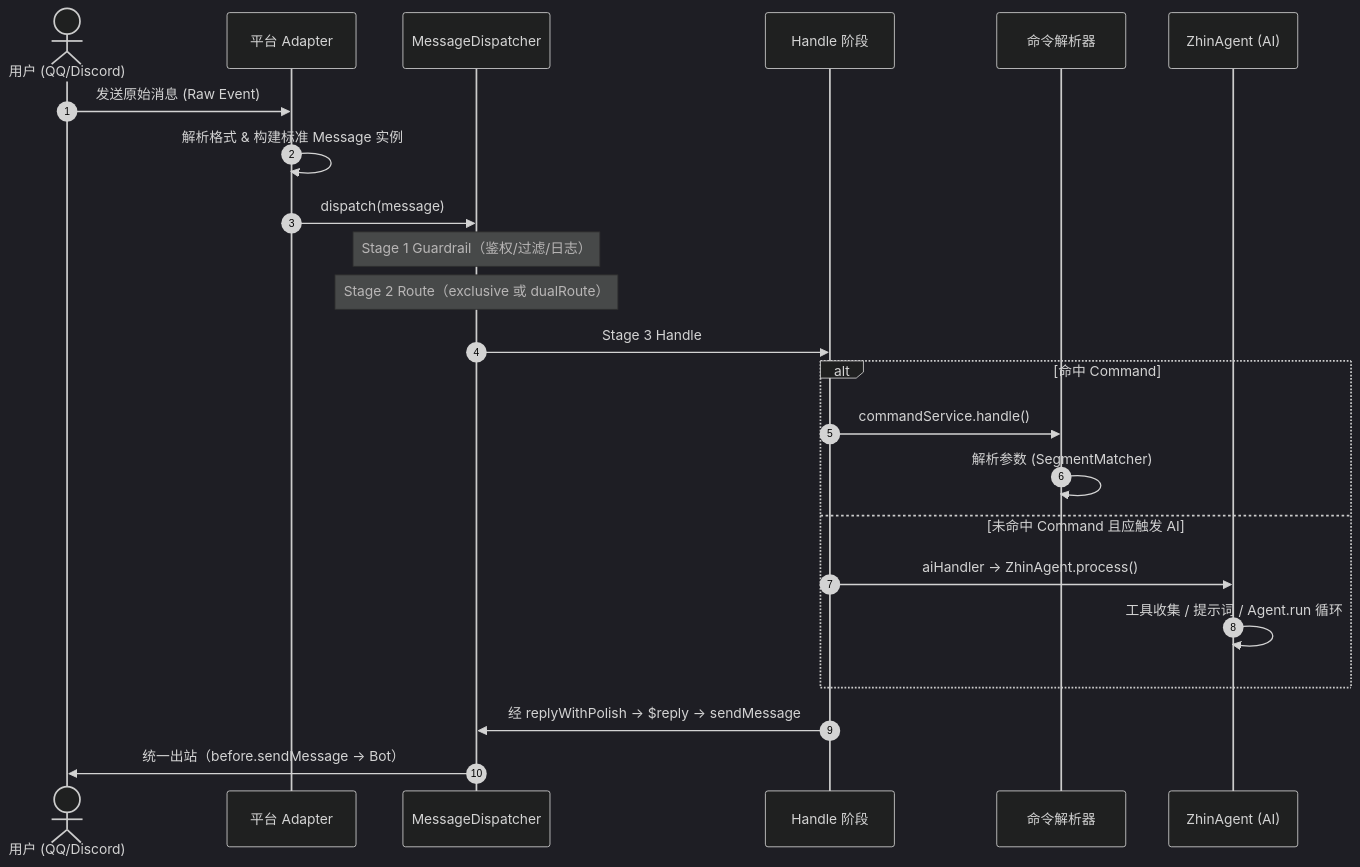
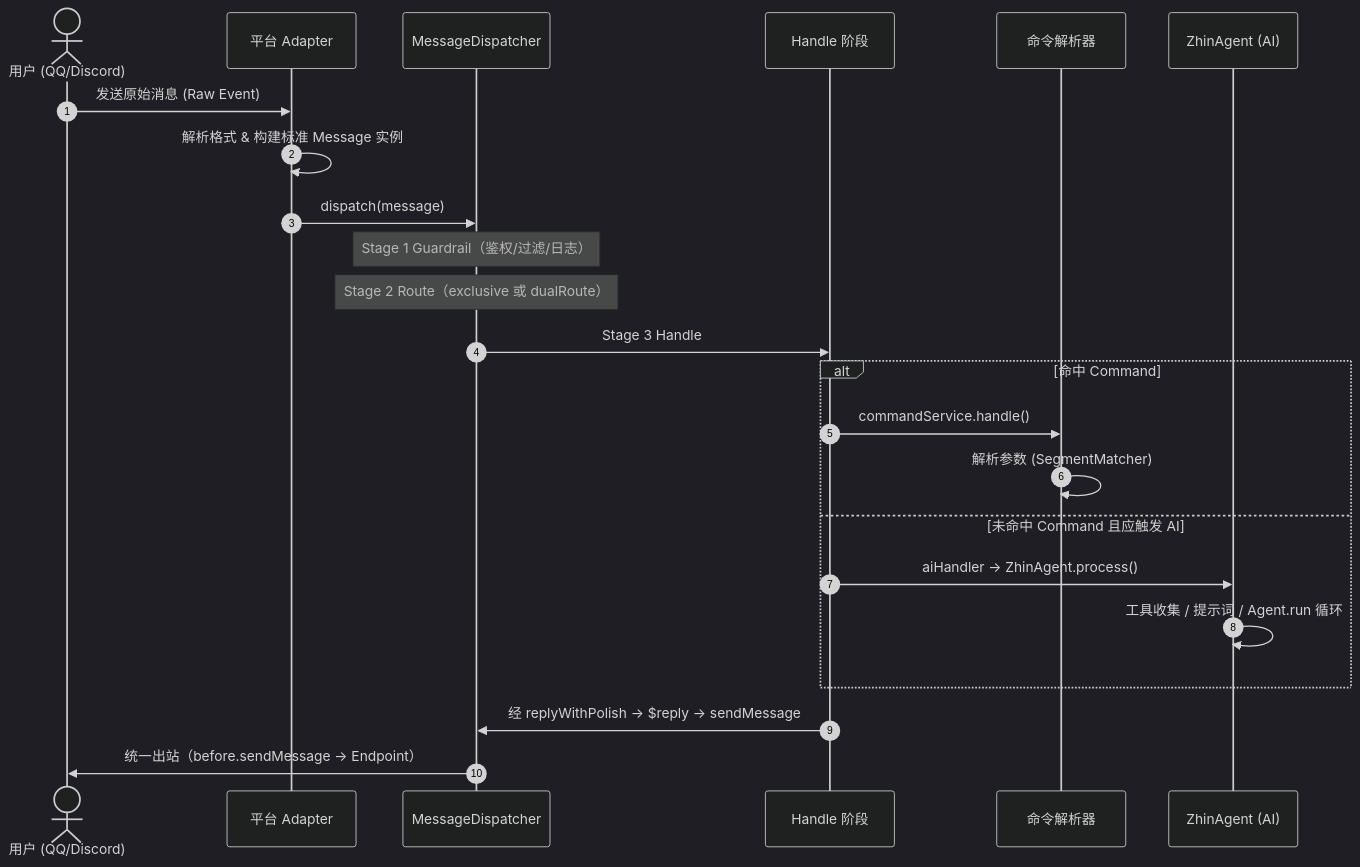
One commit to zhinjs/zhin changed the second of 4 diagrams in README.md. Above: the diagram before and after it, drawn with Mermaid (dark theme). The commit also changed other lines of this file and 629 other files, not shown here.

First line of the commit message:
refactor: update terminology from Bot to Endpoint across documentation and codebase

````diff
--- a/README.md
+++ b/README.md
@@ -354,26 +356,26 @@
 ```mermaid
 sequenceDiagram
     autonumber
     actor User as 用户 (QQ/Discord)
     participant Adapter as 平台 Adapter
     participant Disp as MessageDispatcher
     participant Handle as Handle 阶段
     participant Cmd as 命令解析器
     participant Agent as ZhinAgent (AI)
 
     User->>Adapter: 发送原始消息 (Raw Event)
     Adapter->>Adapter: 解析格式 & 构建标准 Message 实例
     Adapter->>Disp: dispatch(message)
     Note over Disp: Stage 1 Guardrail（鉴权/过滤/日志）
     Note over Disp: Stage 2 Route（exclusive 或 dualRoute）
     Disp->>Handle: Stage 3 Handle
     alt 命中 Command
         Handle->>Cmd: commandService.handle()
         Cmd->>Cmd: 解析参数 (SegmentMatcher)
     else 未命中 Command 且应触发 AI
         Handle->>Agent: aiHandler → ZhinAgent.process()
         Agent->>Agent: 工具收集 / 提示词 / Agent.run 循环
     end
     Handle->>Disp: 经 replyWithPolish → $reply → sendMessage
-    Disp->>User: 统一出站（before.sendMessage → Bot）
+    Disp->>User: 统一出站（before.sendMessage → Endpoint）
 ```
````
